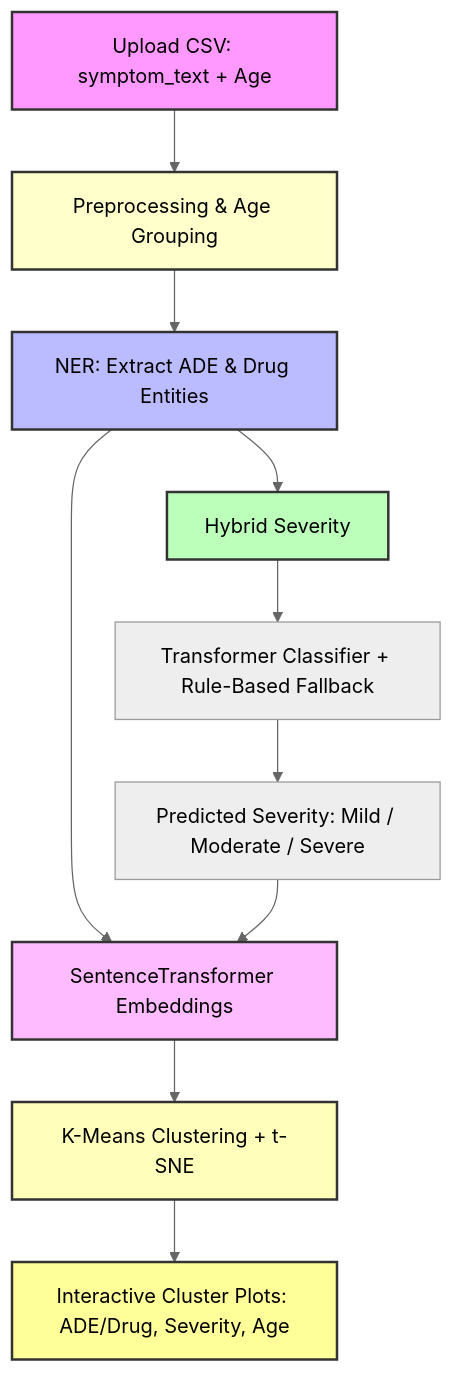
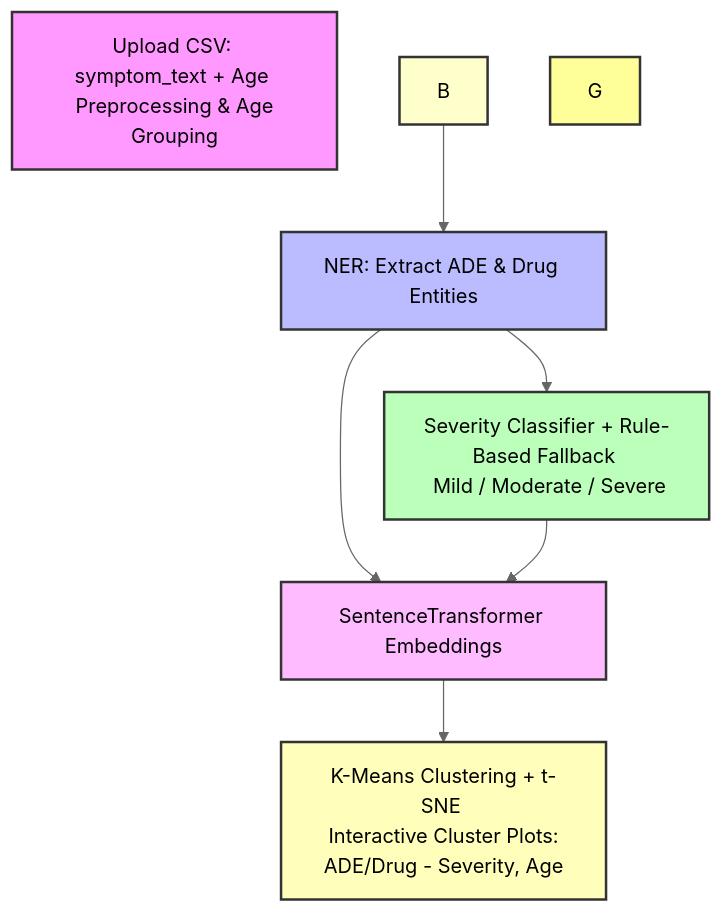
The fourth of 4 diagrams in README.md (Sugiuma/ADEGuard), drawn with Mermaid (neutral theme) before and after one commit.

````diff
--- a/README.md
+++ b/README.md
@@ -224,24 +224,22 @@
 ```mermaid
 flowchart TD
-    A[Upload CSV: symptom_text + Age] --> B[Preprocessing & Age Grouping]
+    A[Upload CSV: symptom_text + Age <br> Preprocessing & Age Grouping]
 
     B --> C[NER: Extract ADE & Drug Entities]
 
-    C --> D[Hybrid Severity]
-    D --> D1[Transformer Classifier + Rule-Based Fallback]
-    D1 --> D2[Predicted Severity: Mild / Moderate / Severe]
+    C --> D[Severity Classifier + Rule-Based Fallback <br> Mild / Moderate / Severe ]
 
     C --> E[SentenceTransformer Embeddings]
-    D2 --> E
+    D --> E
 
-    E --> F[K-Means Clustering + t-SNE]
-    F --> G[Interactive Cluster Plots: ADE/Drug, Severity, Age]
+    E --> F[K-Means Clustering + t-SNE <br> Interactive Cluster Plots: ADE/Drug - Severity, Age]
+   
 
     style A fill:#f9f,stroke:#333,stroke-width:2px
     style B fill:#ffc,stroke:#333,stroke-width:2px
     style C fill:#bbf,stroke:#333,stroke-width:2px
     style D fill:#bfb,stroke:#333,stroke-width:2px
     style E fill:#fbf,stroke:#333,stroke-width:2px
     style F fill:#ffb,stroke:#333,stroke-width:2px
     style G fill:#ff9,stroke:#333,stroke-width:2px
 ```
````
